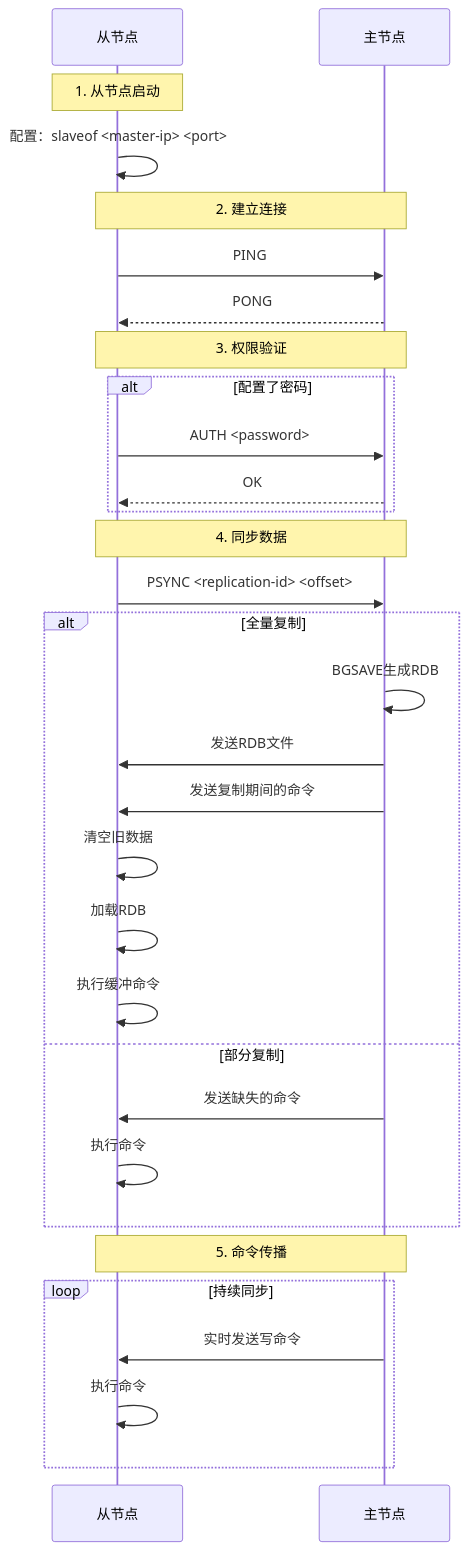
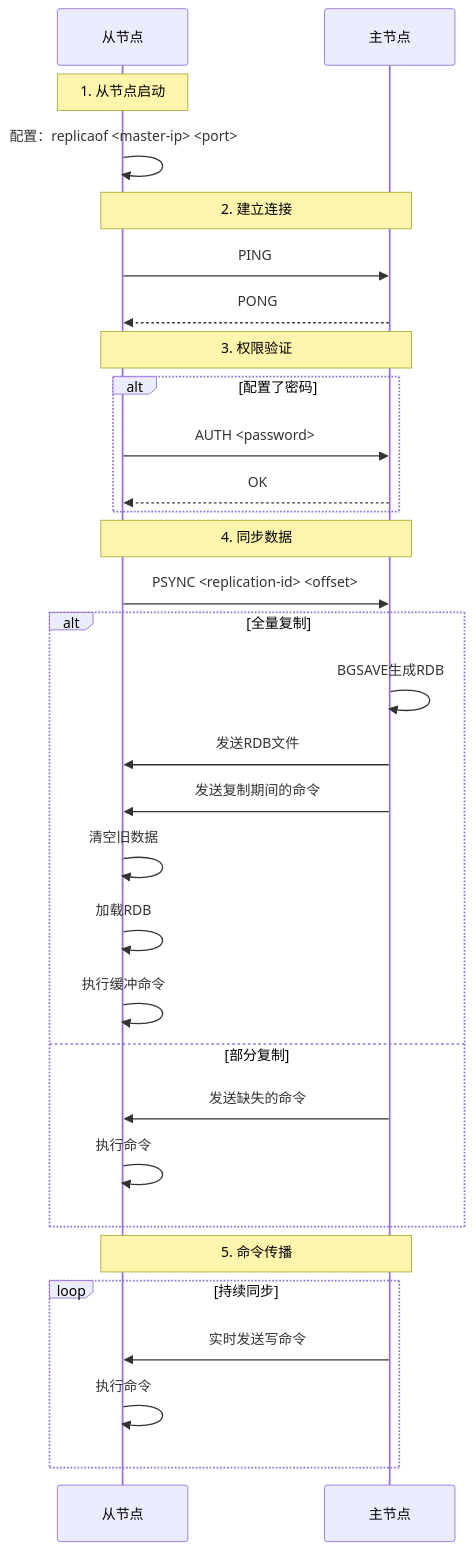
Diagram 21 of 36 in 知识点汇总/04_缓存/01_Redis核心机制详解.md (Yanminghao0/Backend_Tech_Knowledge_Base), drawn with Mermaid before and after one commit. The commit also changed other lines of this file and 5 other files, not shown here.

````diff
--- a/知识点汇总/04_缓存/01_Redis核心机制详解.md
+++ b/知识点汇总/04_缓存/01_Redis核心机制详解.md
@@ -933,39 +933,39 @@
 ```mermaid
 sequenceDiagram
     participant Slave as 从节点
     participant Master as 主节点
     
     Note over Slave: 1. 从节点启动
-    Slave->>Slave: 配置：slaveof <master-ip> <port>
+    Slave->>Slave: 配置：replicaof <master-ip> <port>
     
     Note over Slave,Master: 2. 建立连接
     Slave->>Master: PING
     Master-->>Slave: PONG
     
     Note over Slave,Master: 3. 权限验证
     alt 配置了密码
         Slave->>Master: AUTH <password>
         Master-->>Slave: OK
     end
     
     Note over Slave,Master: 4. 同步数据
     Slave->>Master: PSYNC <replication-id> <offset>
     
     alt 全量复制
         Master->>Master: BGSAVE生成RDB
         Master->>Slave: 发送RDB文件
         Master->>Slave: 发送复制期间的命令
         Slave->>Slave: 清空旧数据
         Slave->>Slave: 加载RDB
         Slave->>Slave: 执行缓冲命令
     else 部分复制
         Master->>Slave: 发送缺失的命令
         Slave->>Slave: 执行命令
     end
     
     Note over Slave,Master: 5. 命令传播
     loop 持续同步
         Master->>Slave: 实时发送写命令
         Slave->>Slave: 执行命令
     end
 ```
````
